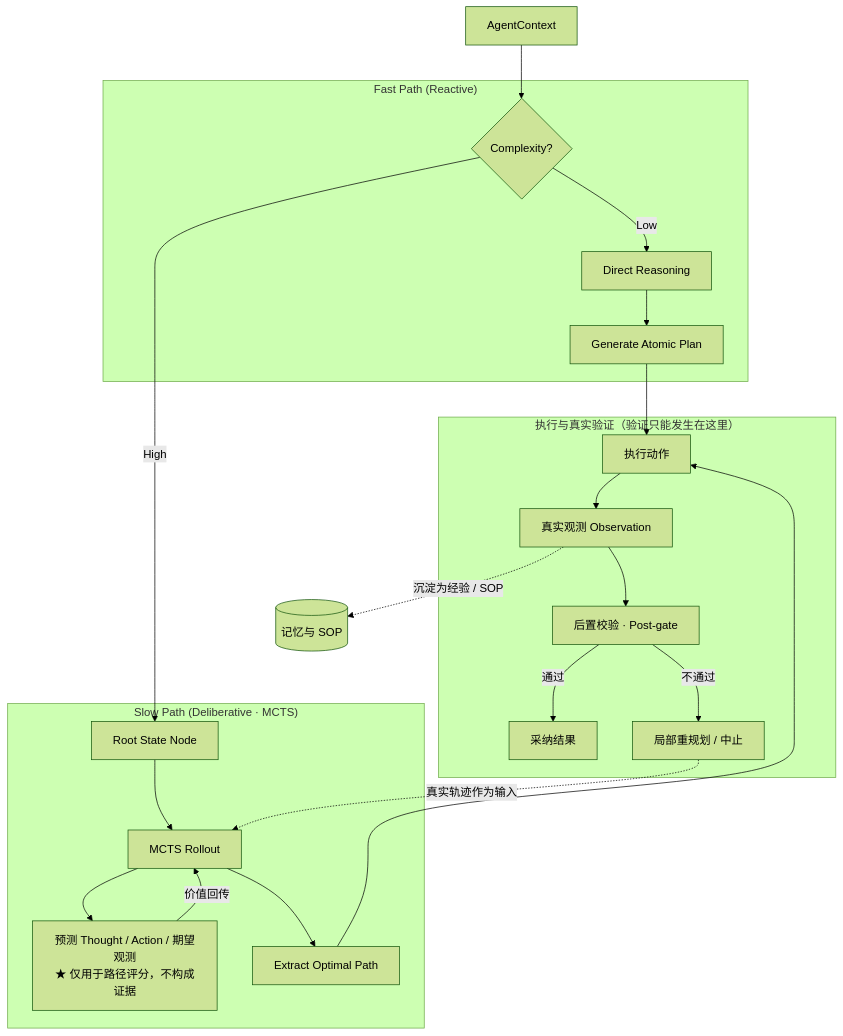
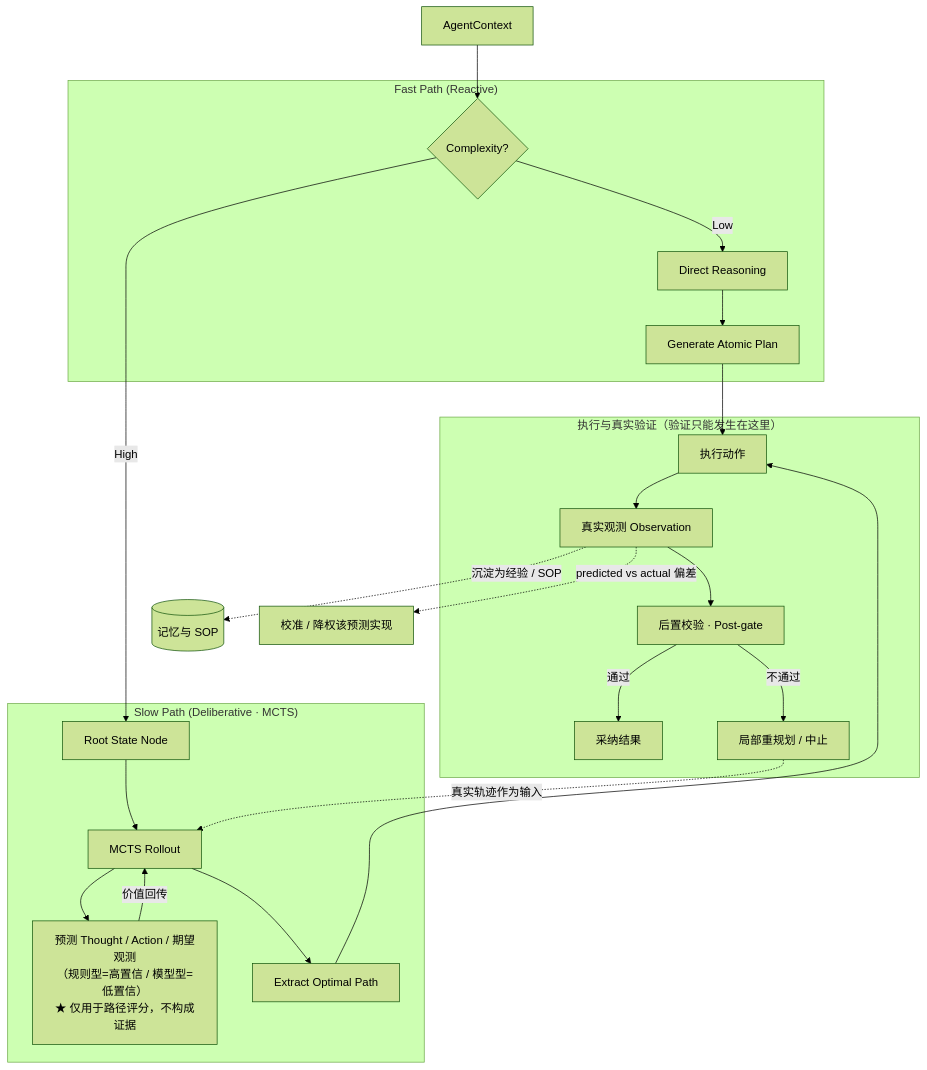
The second of 2 diagrams in docs/alice-core-planner/DESIGN.md (chaineasy-ai/alice-agent), drawn with Mermaid (forest theme) before and after one commit. The commit also changed other lines of this file and 1 other file, not shown here.

Commit message:
docs(planner): WorldModel 弃用收窄为「单组件+规划期验证」；预测观测保留为 ObservationModel 端口（规则型/模型型 + confidence + 禁止放行）；补文首设计修正 banner（原引用悬空）

````diff
--- a/docs/alice-core-planner/DESIGN.md
+++ b/docs/alice-core-planner/DESIGN.md
@@ -83,29 +114,30 @@
 ```mermaid
 graph TD
     Input[AgentContext] --> Assess{Complexity?}
 
     subgraph Fast["Fast Path (Reactive)"]
         Assess -->|Low| Direct[Direct Reasoning]
         Direct --> GenPlan[Generate Atomic Plan]
     end
 
     subgraph Slow["Slow Path (Deliberative · MCTS)"]
         Assess -->|High| Root[Root State Node]
         Root --> Search[MCTS Rollout]
-        Search --> Hyp["预测 Thought / Action / 期望观测<br/>★ 仅用于路径评分，不构成证据"]
+        Search --> Hyp["预测 Thought / Action / 期望观测<br/>（规则型=高置信 / 模型型=低置信）<br/>★ 仅用于路径评分，不构成证据"]
         Hyp -->|价值回传| Search
         Search --> BestPath[Extract Optimal Path]
     end
 
     subgraph Exec["执行与真实验证（验证只能发生在这里）"]
         GenPlan --> Run[执行动作]
         BestPath --> Run
         Run --> Obs[真实观测 Observation]
         Obs --> Post[后置校验 · Post-gate]
         Post -->|通过| Done[采纳结果]
         Post -->|不通过| Replan[局部重规划 / 中止]
         Replan -.->|真实轨迹作为输入| Search
     end
 
     Obs -.->|沉淀为经验 / SOP| Mem[(记忆与 SOP)]
+    Obs -.->|predicted vs actual 偏差| Calib[校准 / 降权该预测实现]
 ```
````
